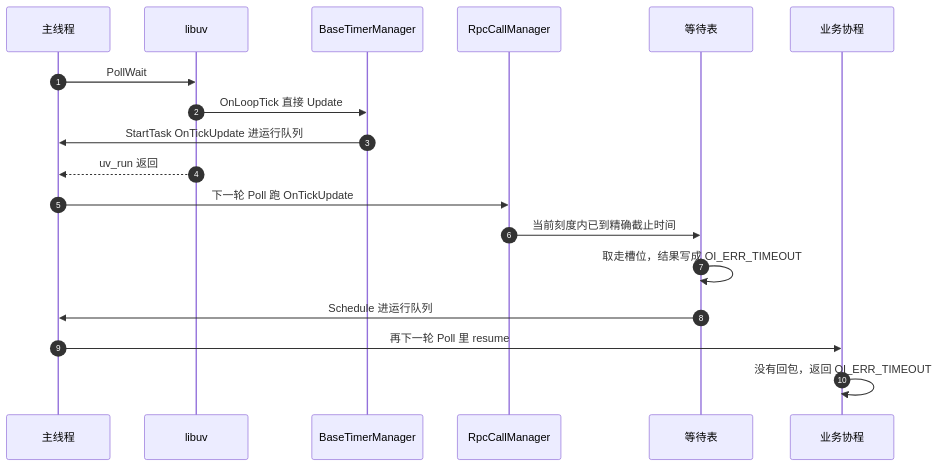
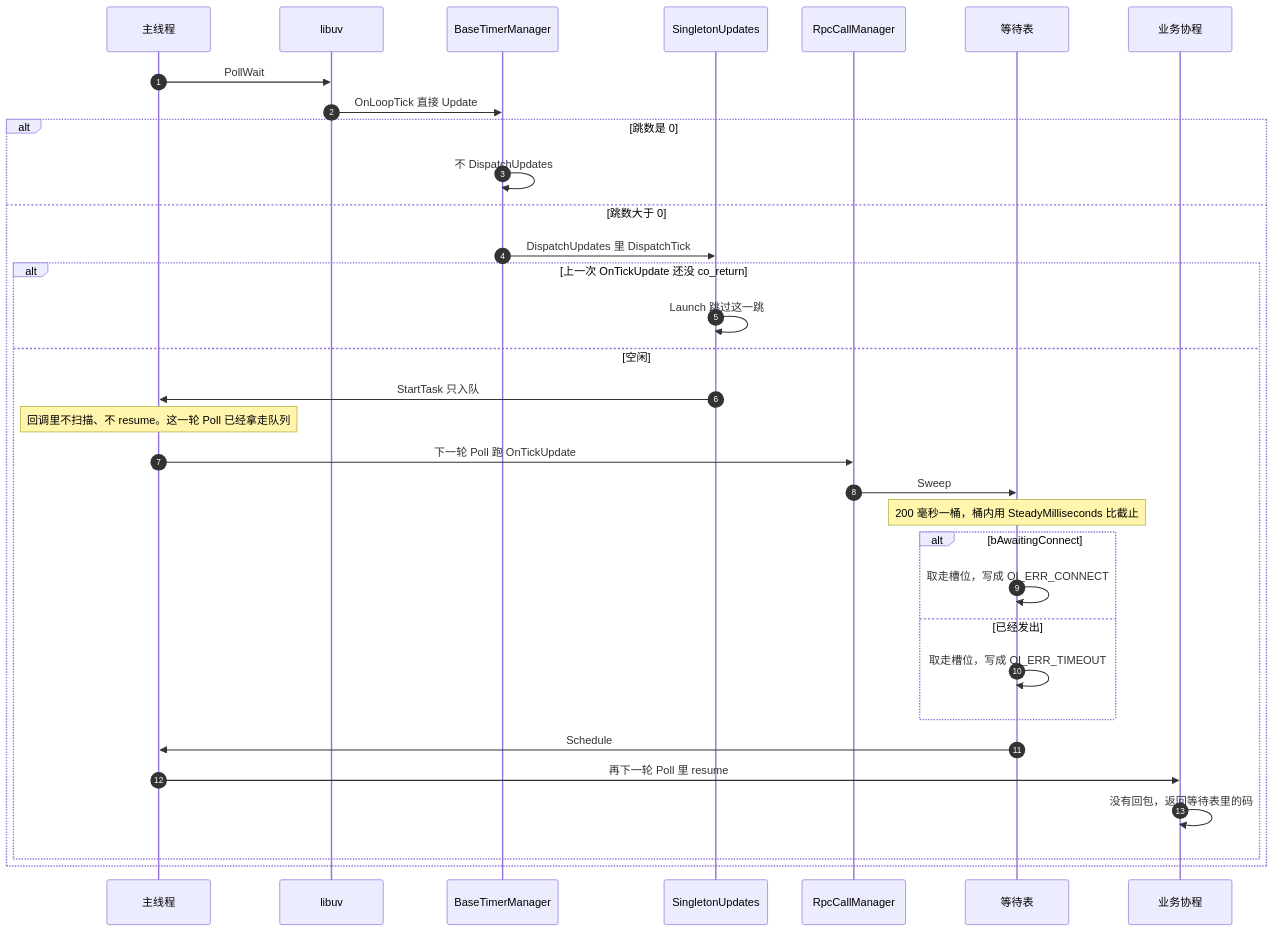
One commit to orikiaru/openidea changed the diagram in docs/sequence-diagram/single-thread/timeout.md. Above: the diagram before and after it, drawn with Mermaid. The commit also changed other lines of this file and 39 other files, not shown here.

Commit message:
非正 RPC 超时打错误日志后按 30 秒等待，避免调用一直挂着。时序图按当前收发和新增路径重写，并记下 11 月 22 日的全量结果。

````diff
--- a/docs/sequence-diagram/single-thread/timeout.md
+++ b/docs/sequence-diagram/single-thread/timeout.md
@@ -7,21 +9,36 @@
 ```mermaid
 sequenceDiagram
     autonumber
     participant Main as 主线程
     participant Uv as libuv
     participant Timer as BaseTimerManager
+    participant Up as SingletonUpdates
     participant Mgr as RpcCallManager
     participant Wait as 等待表
     participant Biz as 业务协程
 
     Main->>Uv: PollWait
     Uv->>Timer: OnLoopTick 直接 Update
-    Timer->>Main: StartTask OnTickUpdate 进运行队列
-    Uv-->>Main: uv_run 返回
-    Main->>Mgr: 下一轮 Poll 跑 OnTickUpdate
-    Mgr->>Wait: 当前刻度内已到精确截止时间
-    Wait->>Wait: 取走槽位，结果写成 OI_ERR_TIMEOUT
-    Wait->>Main: Schedule 进运行队列
-    Main->>Biz: 再下一轮 Poll 里 resume
-    Biz->>Biz: 没有回包，返回 OI_ERR_TIMEOUT
+    alt 跳数是 0
+        Timer->>Timer: 不 DispatchUpdates
+    else 跳数大于 0
+        Timer->>Up: DispatchUpdates 里 DispatchTick
+        alt 上一次 OnTickUpdate 还没 co_return
+            Up->>Up: Launch 跳过这一跳
+        else 空闲
+            Up->>Main: StartTask 只入队
+            Note over Main: 回调里不扫描、不 resume。这一轮 Poll 已经拿走队列
+            Main->>Mgr: 下一轮 Poll 跑 OnTickUpdate
+            Mgr->>Wait: Sweep
+            Note over Wait: 200 毫秒一桶，桶内用 SteadyMilliseconds 比截止
+            alt bAwaitingConnect
+                Wait->>Wait: 取走槽位，写成 OI_ERR_CONNECT
+            else 已经发出
+                Wait->>Wait: 取走槽位，写成 OI_ERR_TIMEOUT
+            end
+            Wait->>Main: Schedule
+            Main->>Biz: 再下一轮 Poll 里 resume
+            Biz->>Biz: 没有回包，返回等待表里的码
+        end
+    end
 ```
````
